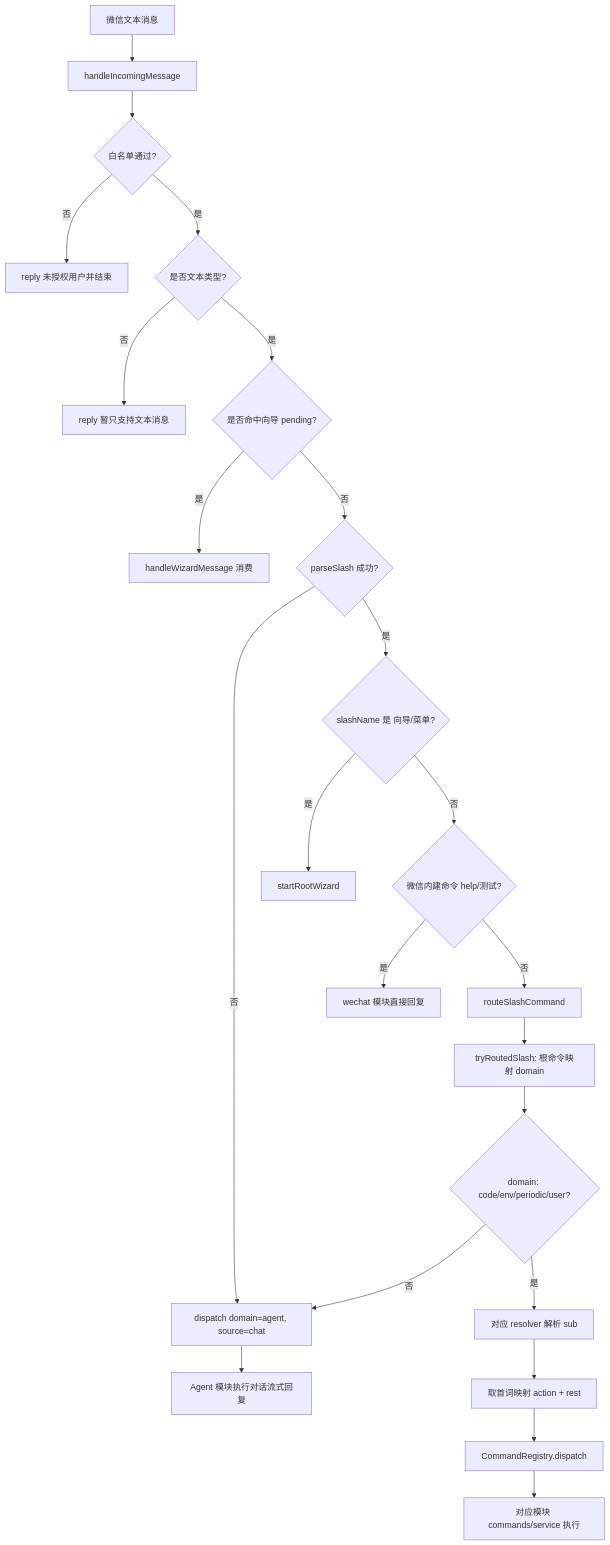
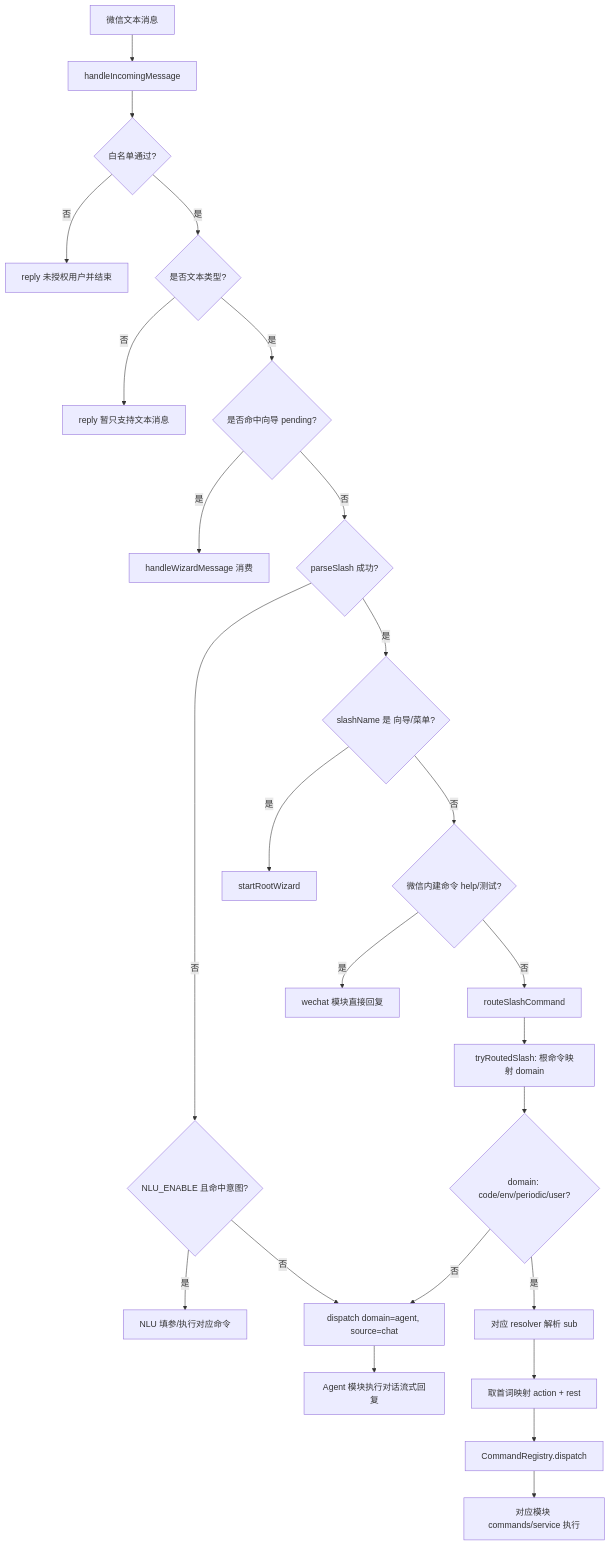
The first of 2 diagrams in README.md (hudie486/agent_weixin), drawn with Mermaid before and after one commit. The commit also changed other lines of this file and 24 other files, not shown here.

````diff
--- a/README.md
+++ b/README.md
@@ -81,25 +83,27 @@
 ```mermaid
 flowchart TD
   A[微信文本消息] --> B[handleIncomingMessage]
   B --> C{白名单通过?}
   C -- 否 --> C1[reply 未授权用户并结束]
   C -- 是 --> D{是否文本类型?}
   D -- 否 --> D1[reply 暂只支持文本消息]
   D -- 是 --> E{是否命中向导 pending?}
   E -- 是 --> E1[handleWizardMessage 消费]
   E -- 否 --> F{parseSlash 成功?}
-  F -- 否 --> G[dispatch domain=agent, source=chat]
+  F -- 否 --> F2{NLU_ENABLE 且命中意图?}
+  F2 -- 是 --> F3[NLU 填参/执行对应命令]
+  F2 -- 否 --> G[dispatch domain=agent, source=chat]
   G --> G1[Agent 模块执行对话流式回复]
   F -- 是 --> H{slashName 是 向导/菜单?}
   H -- 是 --> H1[startRootWizard]
   H -- 否 --> I{微信内建命令 help/测试?}
   I -- 是 --> I1[wechat 模块直接回复]
   I -- 否 --> J[routeSlashCommand]
   J --> K[tryRoutedSlash: 根命令映射 domain]
   K --> L{domain: code/env/periodic/user?}
   L -- 否 --> G
   L -- 是 --> M[对应 resolver 解析 sub]
   M --> N[取首词映射 action + rest]
   N --> O[CommandRegistry.dispatch]
   O --> P[对应模块 commands/service 执行]
 ```
````
